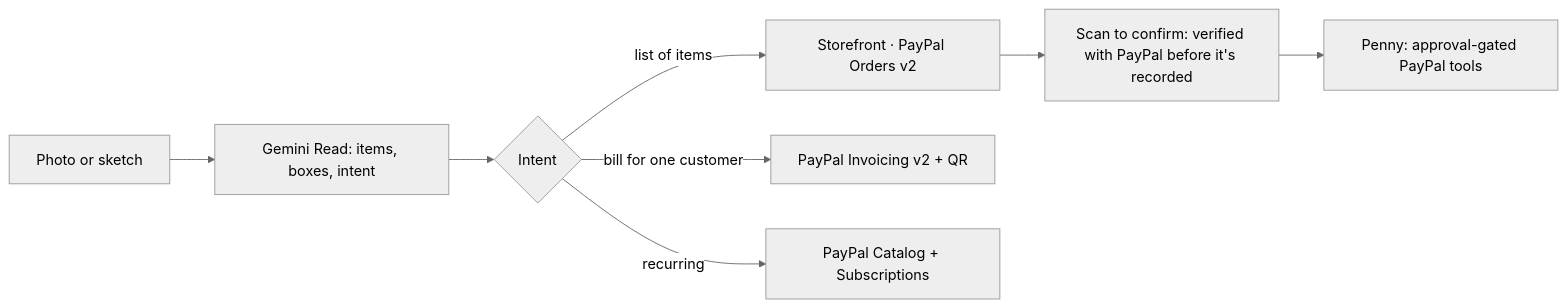
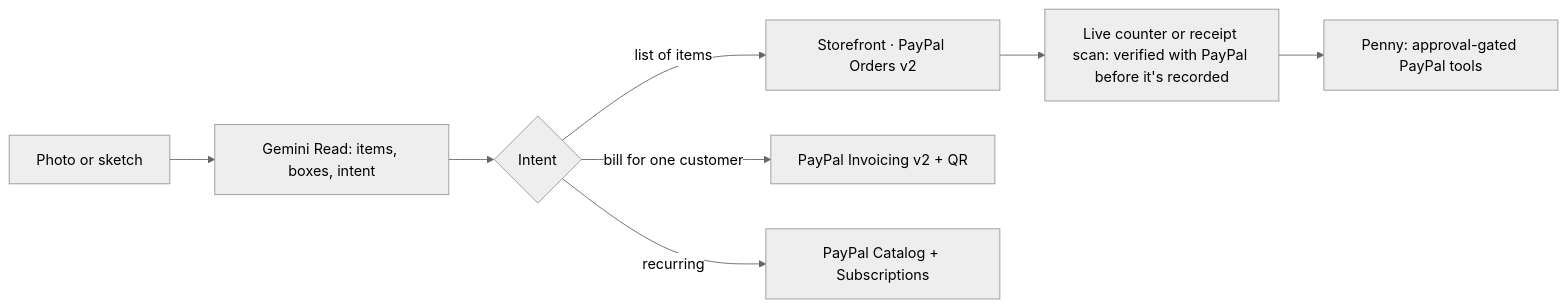
Before and after one commit to dhananjay-123/paperstall: the diagram in README.md, drawn with Mermaid (neutral theme). The commit also changed other lines of this file and 43 other files, not shown here.

First line of the commit message:
Live counter, studio dashboard, new logo and design overhaul

````diff
--- a/README.md
+++ b/README.md
@@ -27,10 +30,10 @@
 ```mermaid
 flowchart LR
   A[Photo or sketch] --> B[Gemini Read: items, boxes, intent]
   B --> C{Intent}
   C -->|list of items| D[Storefront · PayPal Orders v2]
   C -->|bill for one customer| E[PayPal Invoicing v2 + QR]
   C -->|recurring| F[PayPal Catalog + Subscriptions]
-  D --> G[Scan to confirm: verified with PayPal before it's recorded]
+  D --> G[Live counter or receipt scan: verified with PayPal before it's recorded]
   G --> H[Penny: approval-gated PayPal tools]
 ```
````
